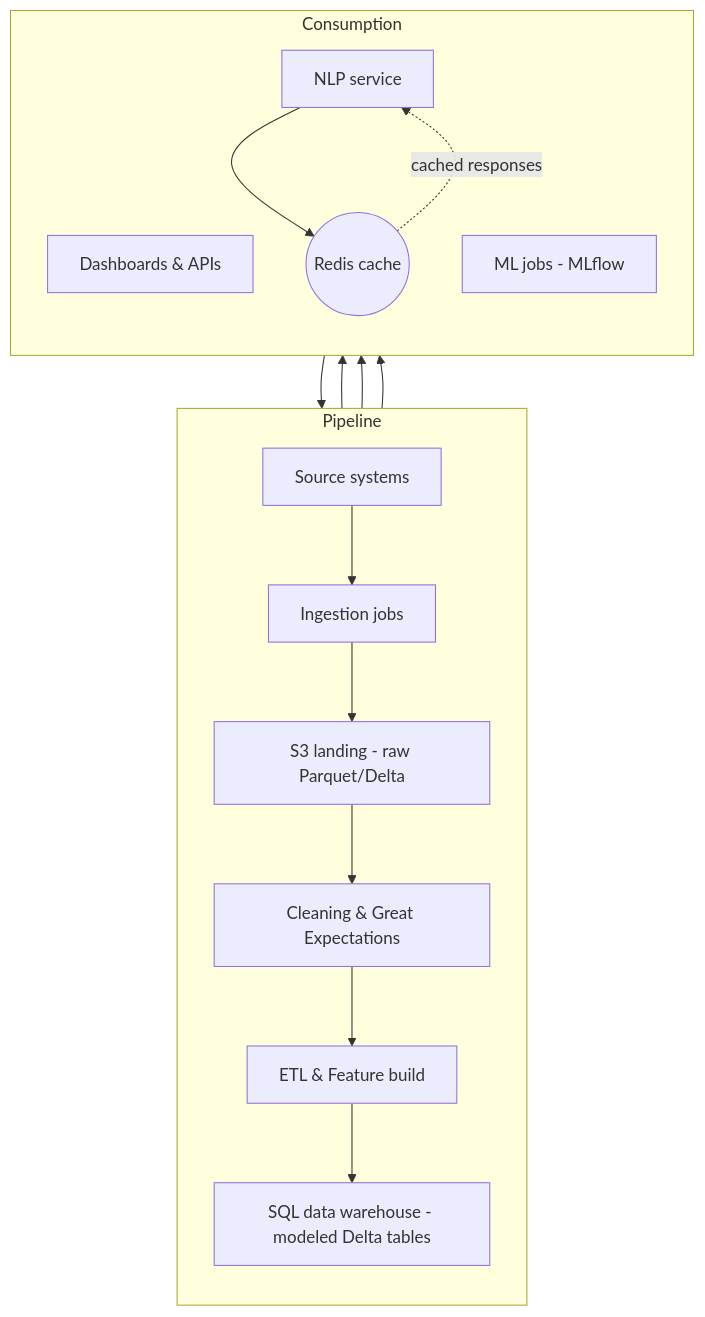
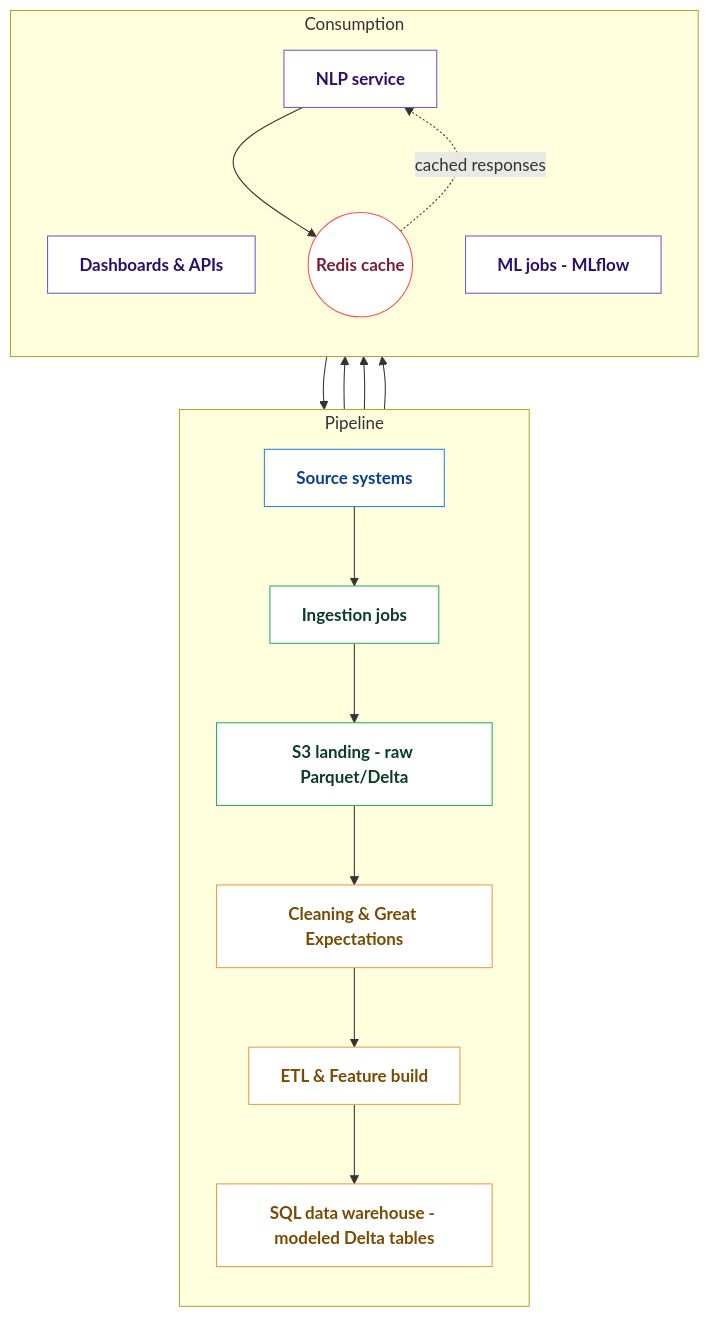
The third of 3 diagrams in SCALABILITY_AND_DATA_PLATFORM_STRATEGY.md (dinkarkumardk/3rdAssignment), drawn with Mermaid before and after one commit.

````diff
--- a/SCALABILITY_AND_DATA_PLATFORM_STRATEGY.md
+++ b/SCALABILITY_AND_DATA_PLATFORM_STRATEGY.md
@@ -135,22 +135,36 @@
 ```mermaid
 flowchart TB
-	%% Combined pipeline + consumption diagram (single Mermaid block for robust parsing)
+	%% Color defs to match earlier diagrams (high-contrast, white fill + colored strokes)
+	classDef source fill:#ffffff,stroke:#2f80ed,stroke-width:1px,color:#0b3d91,font-weight:700;
+	classDef landing fill:#ffffff,stroke:#27ae60,stroke-width:1px,color:#0a3d24,font-weight:700;
+	classDef processing fill:#ffffff,stroke:#f2994a,stroke-width:1px,color:#7a4a00,font-weight:700;
+	classDef serving fill:#ffffff,stroke:#6a5acd,stroke-width:1px,color:#2b0f6b,font-weight:700;
+	classDef cache fill:#ffffff,stroke:#ff4d4f,stroke-width:1px,color:#7a1f30,font-weight:700;
+
 	subgraph Pipeline
 		direction TB
 		Src[Source systems] --> Ingest[Ingestion jobs]
 		Ingest --> Landing[S3 landing - raw Parquet/Delta]
 		Landing --> Cleaning[Cleaning & Great Expectations]
 		Cleaning --> ETL[ETL & Feature build]
 		ETL --> DW[SQL data warehouse - modeled Delta tables]
 	end
 
 	subgraph Consumption
 		direction TB
 		DW --> Dash[Dashboards & APIs]
 		DW --> NLP[NLP service]
 		DW --> ML[ML jobs - MLflow]
 		NLP --> Redis((Redis cache))
 		Redis -. cached responses .-> NLP
 		ML --> DW
 	end
+
+	%% assign classes
+	class Src source;
+	class Ingest landing;
+	class Landing landing;
+	class Cleaning,ETL,DW processing;
+	class Dash,NLP,ML serving;
+	class Redis cache;
 ```
````
